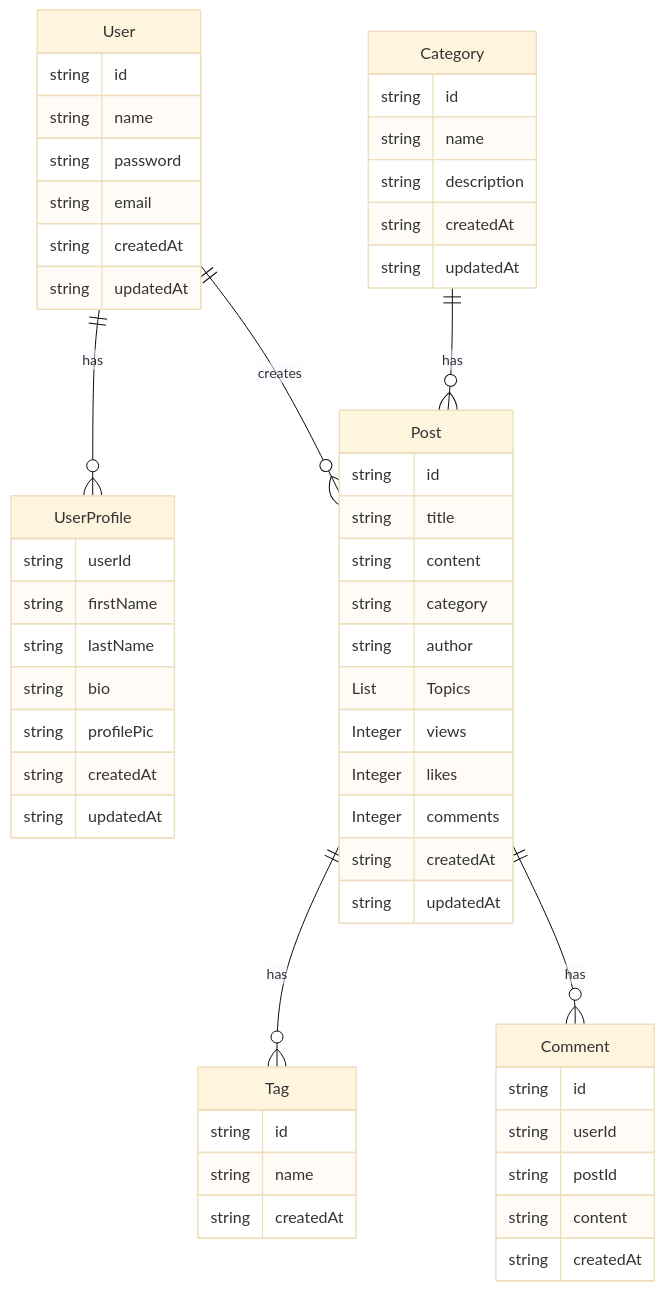
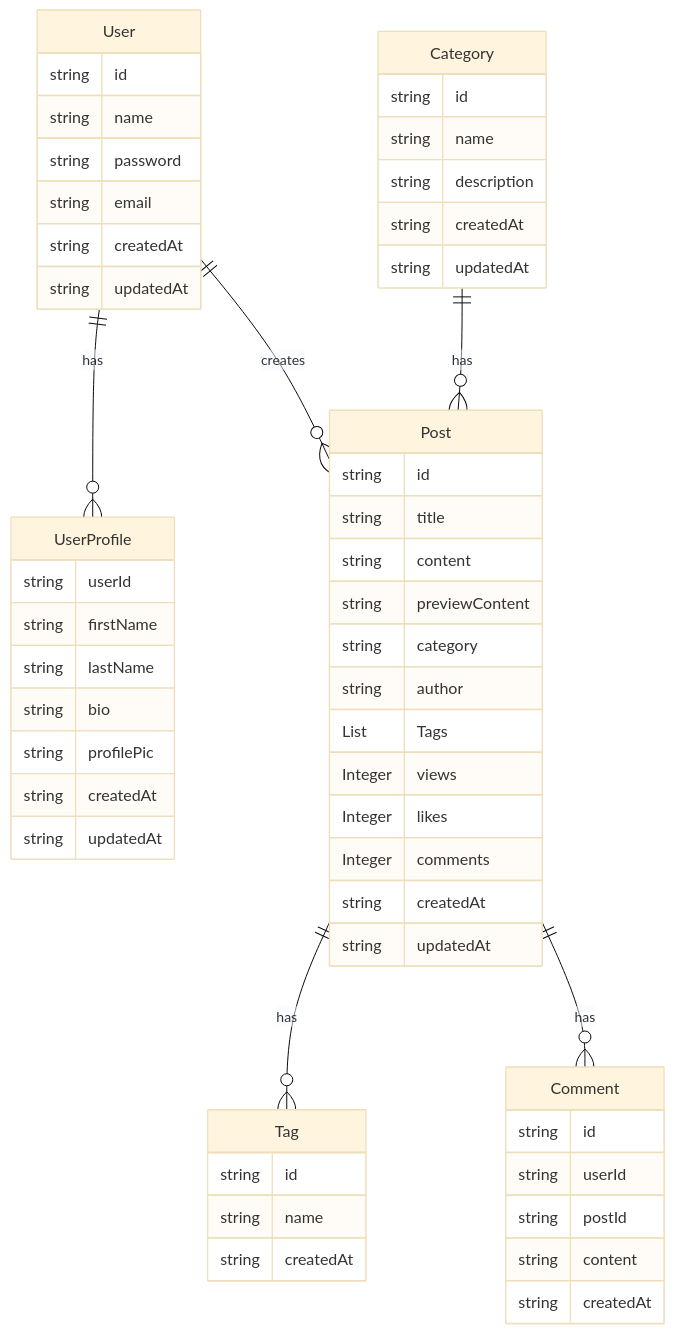
Before and after one commit to LokiSnow/cloudlab: the diagram in docs/DbEntities.md, drawn with Mermaid (base theme).

Commit message:
change db entity doc

````diff
--- a/docs/DbEntities.md
+++ b/docs/DbEntities.md
@@ -3,63 +3,64 @@
 ```mermaid
 erDiagram
         User ||--o{ UserProfile : has
         User ||--o{ Post : creates
         Category ||--o{ Post : has
         Post ||--o{ Tag : has
         Post ||--o{ Comment : has
         
         Category {
             string id
             string name
             string description
             string createdAt
             string updatedAt
         }
 
         User {
             string id
             string name
             string password
             string email
             string createdAt
             string updatedAt
         }
 
         UserProfile {
             string userId
             string firstName
             string lastName
             string bio
             string profilePic
             string createdAt
             string updatedAt
         }
 
         Tag {
             string id
             string name
             string createdAt
         }
         
        Post{
             string id
             string title
             string content
+            string previewContent
             string category
             string author
-            List Topics
+            List Tags
             Integer views
             Integer likes
             Integer comments
             string createdAt
             string updatedAt
         }
 
         Comment {
             string id
             string userId
             string postId
             string content
             string createdAt
         }
 ```
````
